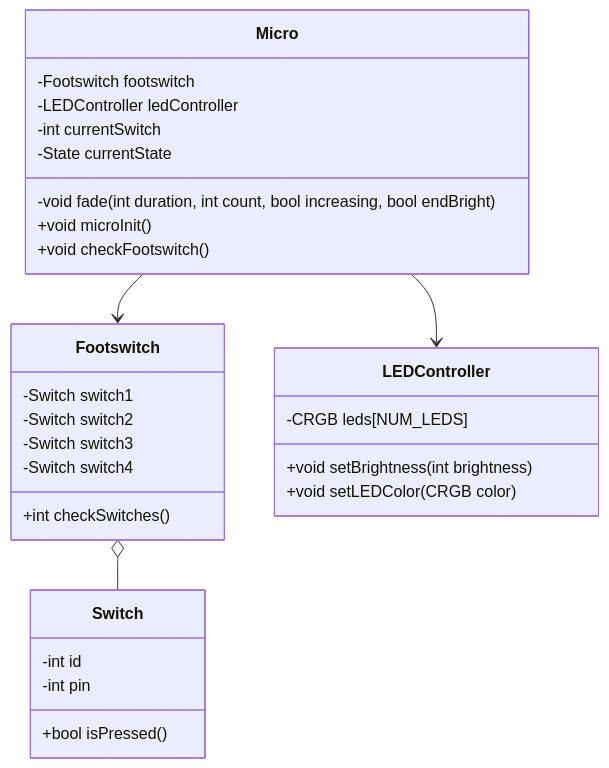
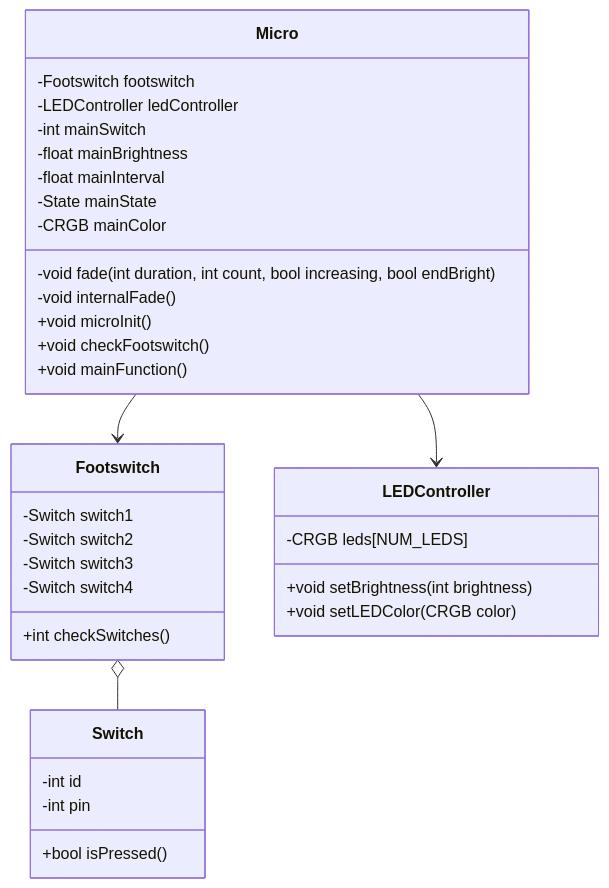
One commit to c-coyne/logic-pro-transport-controller changed the diagram in doc/design/module/Module.md. Above: the diagram before and after it, drawn with Mermaid. The commit also changed 4 other files, not shown here.

````diff
--- a/doc/design/module/Module.md
+++ b/doc/design/module/Module.md
@@ -3,32 +3,37 @@
 ```mermaid
 classDiagram
     Footswitch o-- Switch
     Micro --> Footswitch
     Micro --> LEDController
     class Switch{
         -int id
         -int pin
         +bool isPressed()
     }
     class Footswitch{
         -Switch switch1
         -Switch switch2
         -Switch switch3
         -Switch switch4
         +int checkSwitches()
     }
     class Micro{
         -Footswitch footswitch
         -LEDController ledController
-        -int currentSwitch
-        -State currentState
+        -int mainSwitch
+        -float mainBrightness
+        -float mainInterval
+        -State mainState
+        -CRGB mainColor
         -void fade(int duration, int count, bool increasing, bool endBright)
+        -void internalFade()
         +void microInit()
         +void checkFootswitch()
+        +void mainFunction()
     }
     class LEDController{
         -CRGB leds[NUM_LEDS]
         +void setBrightness(int brightness)
         +void setLEDColor(CRGB color)
     }
 ```
````
